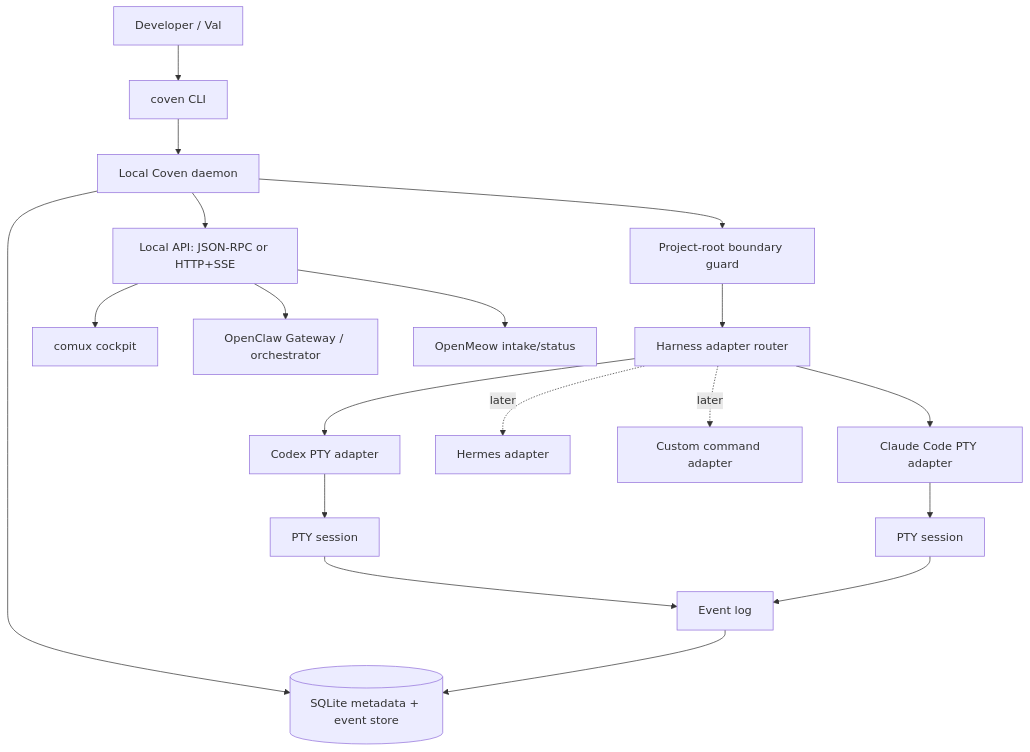
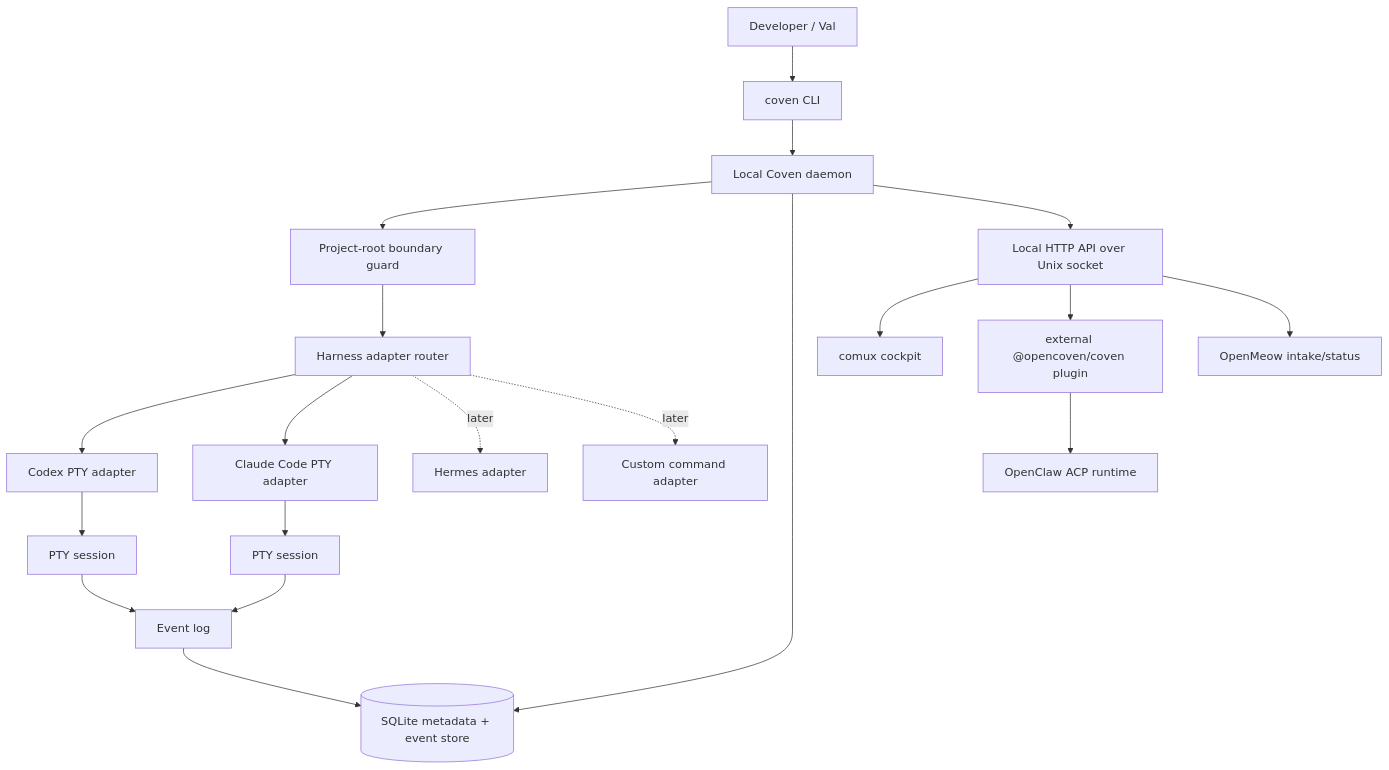
One commit to OpenCoven/coven changed the first of 6 diagrams in docs/MVP-PLAN.md. Above: the diagram before and after it, drawn with Mermaid. The commit also changed other lines of this file and 6 other files, not shown here.

Commit message:
docs: clarify external plugin boundary

````diff
--- a/docs/MVP-PLAN.md
+++ b/docs/MVP-PLAN.md
@@ -153,21 +154,22 @@
 ```mermaid
 flowchart TD
   User[Developer / Val] --> CLI[coven CLI]
   CLI --> Daemon[Local Coven daemon]
   Daemon --> Boundary[Project-root boundary guard]
   Boundary --> AdapterRouter[Harness adapter router]
   AdapterRouter --> Codex[Codex PTY adapter]
   AdapterRouter --> Claude[Claude Code PTY adapter]
   AdapterRouter -. later .-> Hermes[Hermes adapter]
   AdapterRouter -. later .-> Custom[Custom command adapter]
   Codex --> Pty1[PTY session]
   Claude --> Pty2[PTY session]
   Pty1 --> Events[Event log]
   Pty2 --> Events
   Daemon --> Store[(SQLite metadata + event store)]
   Events --> Store
-  Daemon --> API[Local API: JSON-RPC or HTTP+SSE]
+  Daemon --> API[Local HTTP API over Unix socket]
   API --> Comux[comux cockpit]
-  API --> OpenClaw[OpenClaw Gateway / orchestrator]
+  API --> OpenClawPlugin[external @opencoven/coven plugin]
+  OpenClawPlugin --> OpenClaw[OpenClaw ACP runtime]
   API --> OpenMeow[OpenMeow intake/status]
 ```
````
